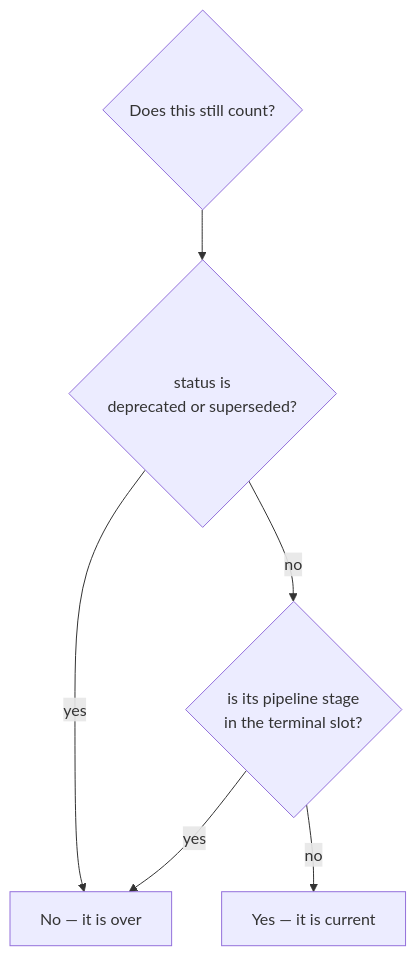
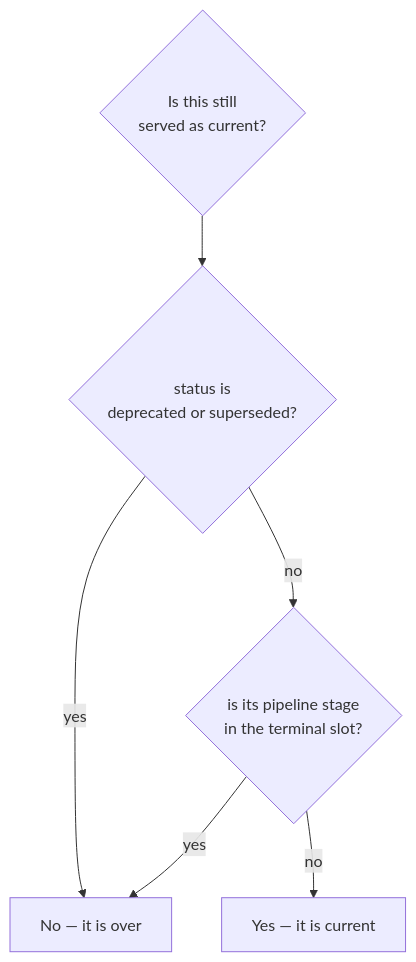
Before and after one commit to daniel-ospina/tortoise: the third of 3 diagrams in docs/plans/2026-11-15-state-lifecycle-and-pipelines.md, drawn with Mermaid. The commit also changed other lines of this file, not shown here.

````diff
--- a/docs/plans/2026-11-15-state-lifecycle-and-pipelines.md
+++ b/docs/plans/2026-11-15-state-lifecycle-and-pipelines.md
@@ -170,9 +173,9 @@
 ```mermaid
 flowchart TD
-    Q{Does this still count?}
+    Q{Is this still<br/>served as current?}
     Q --> L{status is<br/>deprecated or superseded?}
     L -->|yes| NO[No — it is over]
     L -->|no| P{is its pipeline stage<br/>in the terminal slot?}
     P -->|yes| NO
     P -->|no| YES[Yes — it is current]
 ```
````
